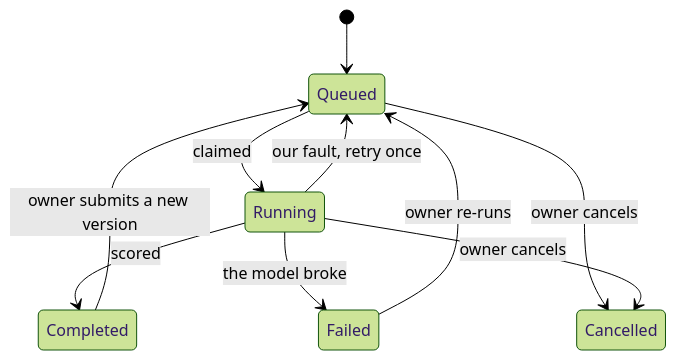
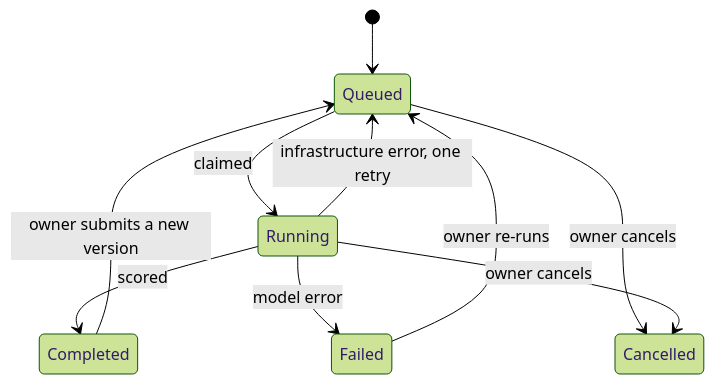
Before and after one commit to McMaster-Battery-Research-Group/battery-soc-benchmark: the fifth of 11 diagrams in docs/walkthrough/ALL-IN-ONE.md, drawn with Mermaid (forest theme). The commit also changed other lines of this file and 22 other files, not shown here.

````diff
--- a/docs/walkthrough/ALL-IN-ONE.md
+++ b/docs/walkthrough/ALL-IN-ONE.md
@@ -267,12 +326,12 @@
 ```mermaid
 stateDiagram-v2
     [*] --> Queued
     Queued --> Running : claimed
     Running --> Completed : scored
-    Running --> Failed : the model broke
-    Running --> Queued : our fault, retry once
+    Running --> Failed : model error
+    Running --> Queued : infrastructure error, one retry
     Queued --> Cancelled : owner cancels
     Running --> Cancelled : owner cancels
     Failed --> Queued : owner re-runs
     Completed --> Queued : owner submits a new version
 ```
````
